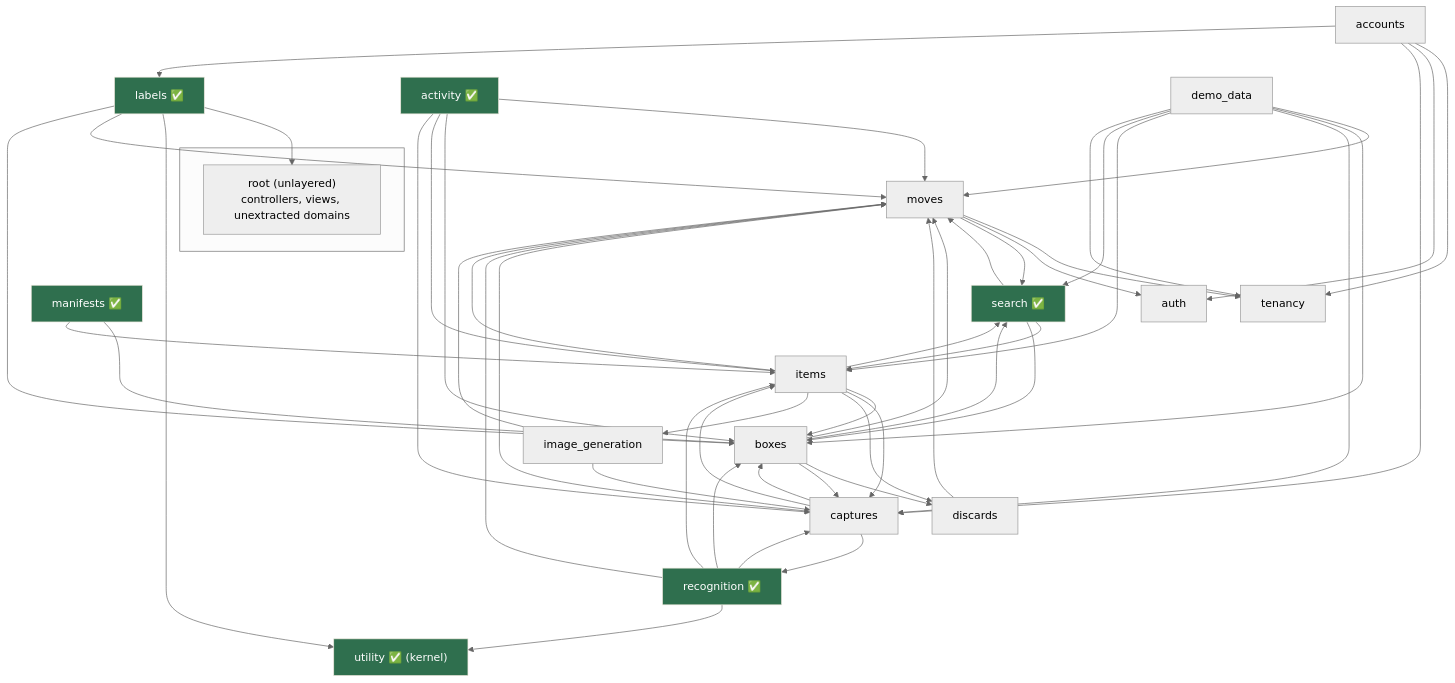
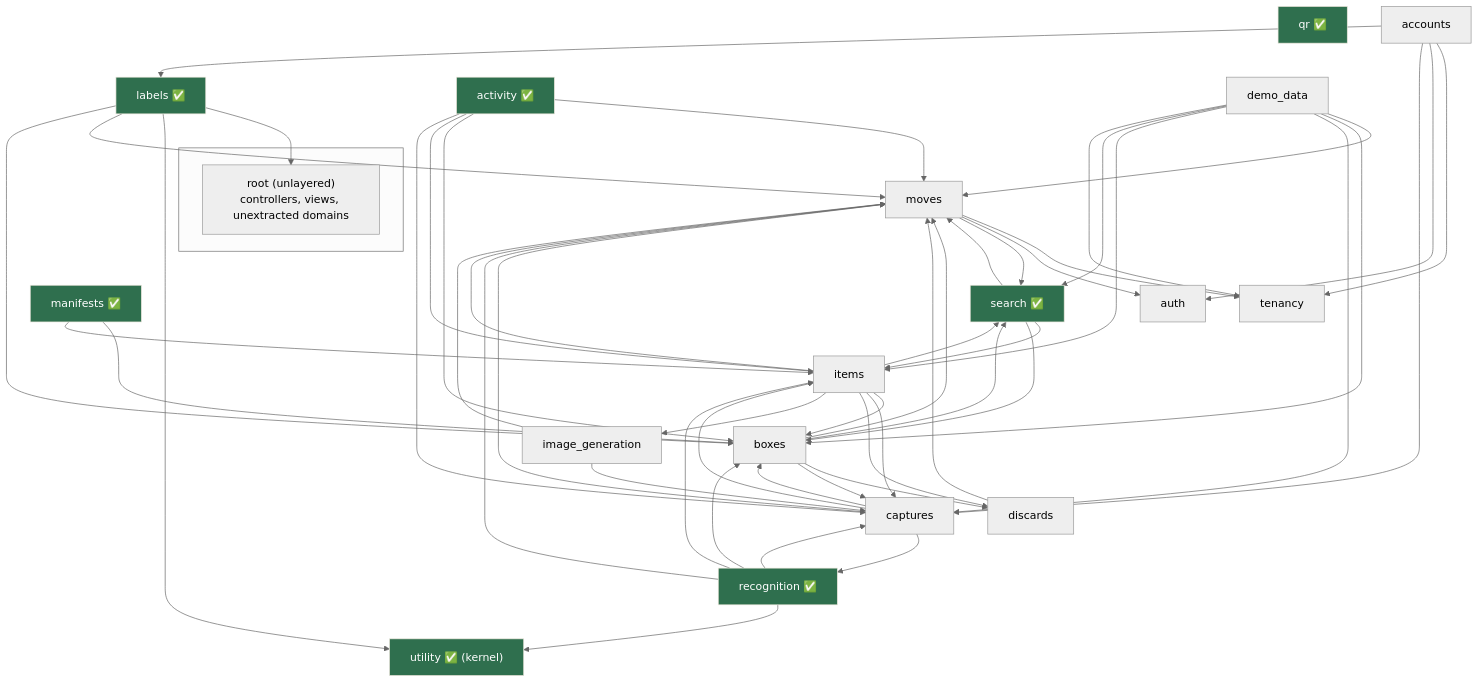
Before and after one commit to joel/move: the diagram in doc/project/packwerk-boundaries.md, drawn with Mermaid (neutral theme). The commit also changed 1 other file, not shown here.

Commit message:
docs(packwerk): mark qr as an extracted domain pack

````diff
--- a/doc/project/packwerk-boundaries.md
+++ b/doc/project/packwerk-boundaries.md
@@ -154,41 +154,42 @@
 ```mermaid
 graph TD
     subgraph application [" "]
       root["root (unlayered)<br/>controllers, views, unextracted domains"]
     end
 
     labels["labels ✅"]
     utility["utility ✅ (kernel)"]
     boxes["boxes"]
     items["items"]
     moves["moves"]
     captures["captures"]
     recognition["recognition ✅"]
     search["search ✅"]
     image_gen["image_generation"]
     activity["activity ✅"]
+    qr["qr ✅"]
     manifests["manifests ✅"]
     discards["discards"]
     accounts["accounts"]
     demo["demo_data"]
     tenancy["tenancy"]
     auth["auth"]
 
     labels --> root & utility
     boxes --> moves & discards & search & captures
     items --> boxes & moves & captures & discards & image_gen & search
     captures --> moves & boxes & items & recognition
     recognition --> moves & boxes & items & captures & utility
     search --> moves & items & boxes
     moves --> tenancy & auth & search
     image_gen --> moves & captures
     activity --> moves & boxes & items & captures
     manifests --> boxes & items
     labels --> moves & boxes
     accounts --> tenancy & auth & captures & labels
     demo --> moves & boxes & captures & items & search & tenancy
     discards --> moves
 
     classDef done fill:#2f6f4e,stroke:#ECE7DC,color:#fff;
-    class labels,utility,manifests,search,recognition,activity done;
+    class labels,utility,manifests,search,recognition,activity,qr done;
 ```
````
